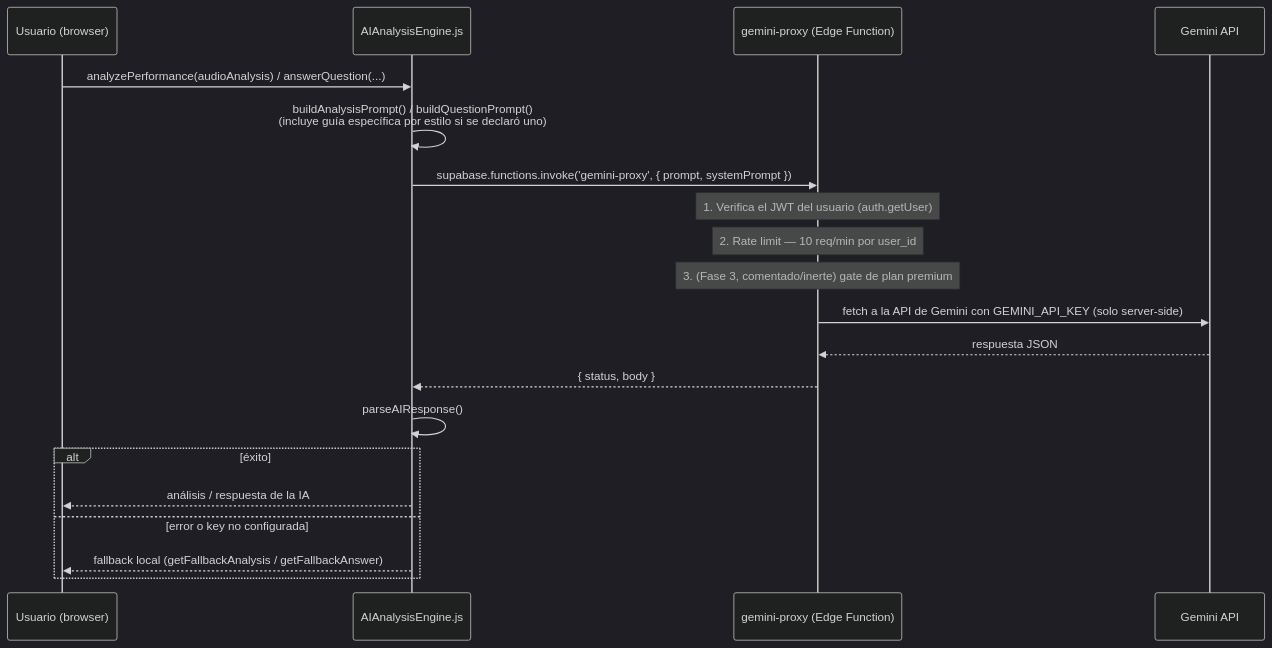
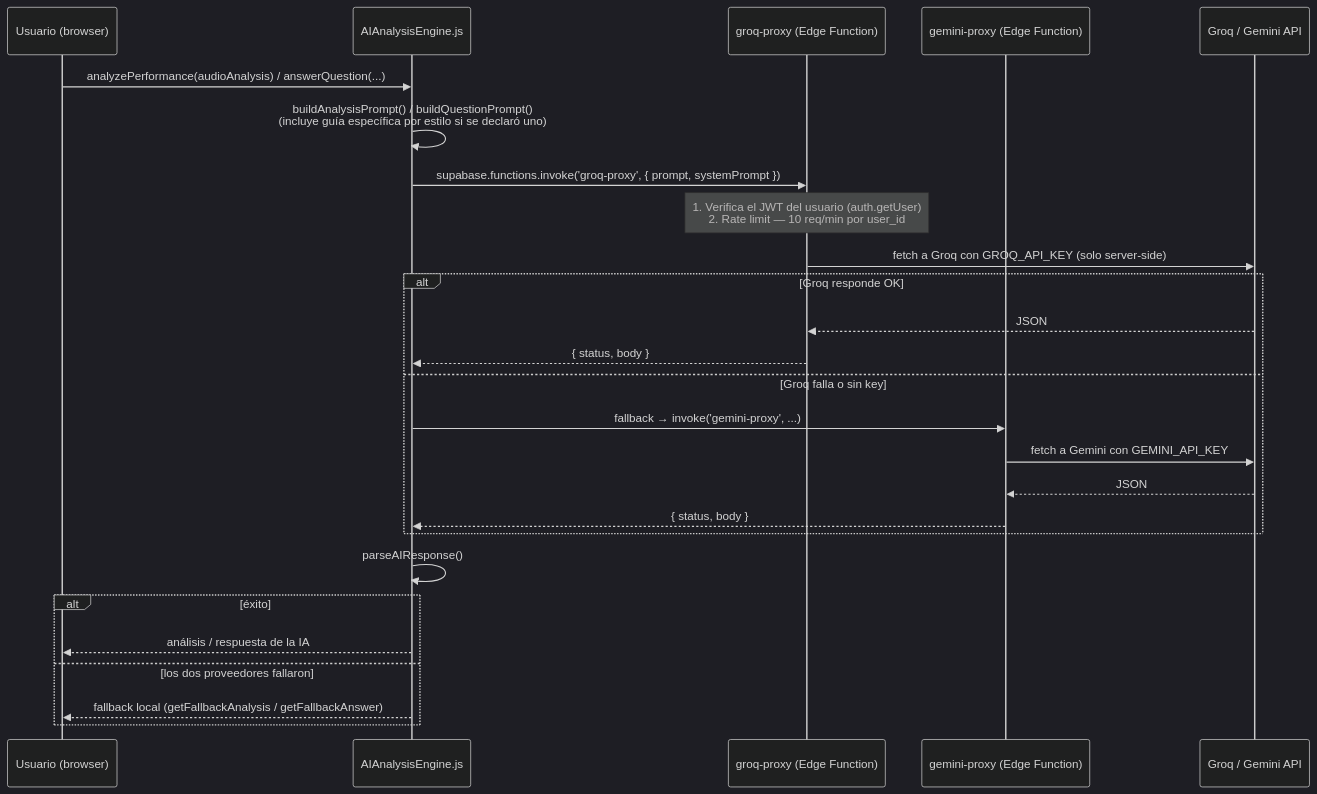
Before and after one commit to sdionisio4T/PianoStudy: the diagram in README.md, drawn with Mermaid (dark theme). The commit also changed other lines of this file and 23 other files, not shown here.

````diff
--- a/README.md
+++ b/README.md
@@ -201,23 +206,29 @@
 ```mermaid
 sequenceDiagram
     participant U as Usuario (browser)
     participant E as AIAnalysisEngine.js
-    participant P as gemini-proxy (Edge Function)
-    participant G as Gemini API
+    participant G as groq-proxy (Edge Function)
+    participant M as gemini-proxy (Edge Function)
+    participant API as Groq / Gemini API
 
     U->>E: analyzePerformance(audioAnalysis) / answerQuestion(...)
     E->>E: buildAnalysisPrompt() / buildQuestionPrompt()<br/>(incluye guía específica por estilo si se declaró uno)
-    E->>P: supabase.functions.invoke('gemini-proxy', { prompt, systemPrompt })
-    Note over P: 1. Verifica el JWT del usuario (auth.getUser)
-    Note over P: 2. Rate limit — 10 req/min por user_id
-    Note over P: 3. (Fase 3, comentado/inerte) gate de plan premium
-    P->>G: fetch a la API de Gemini con GEMINI_API_KEY (solo server-side)
-    G-->>P: respuesta JSON
-    P-->>E: { status, body }
+    E->>G: supabase.functions.invoke('groq-proxy', { prompt, systemPrompt })
+    Note over G: 1. Verifica el JWT del usuario (auth.getUser)<br/>2. Rate limit — 10 req/min por user_id
+    G->>API: fetch a Groq con GROQ_API_KEY (solo server-side)
+    alt Groq responde OK
+        API-->>G: JSON
+        G-->>E: { status, body }
+    else Groq falla o sin key
+        E->>M: fallback → invoke('gemini-proxy', ...)
+        M->>API: fetch a Gemini con GEMINI_API_KEY
+        API-->>M: JSON
+        M-->>E: { status, body }
+    end
     E->>E: parseAIResponse()
     alt éxito
         E-->>U: análisis / respuesta de la IA
-    else error o key no configurada
+    else los dos proveedores fallaron
         E-->>U: fallback local (getFallbackAnalysis / getFallbackAnswer)
     end
 ```
````
